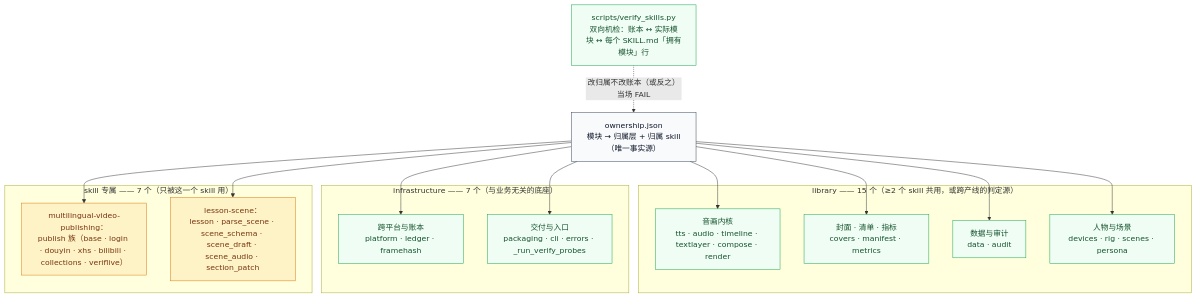
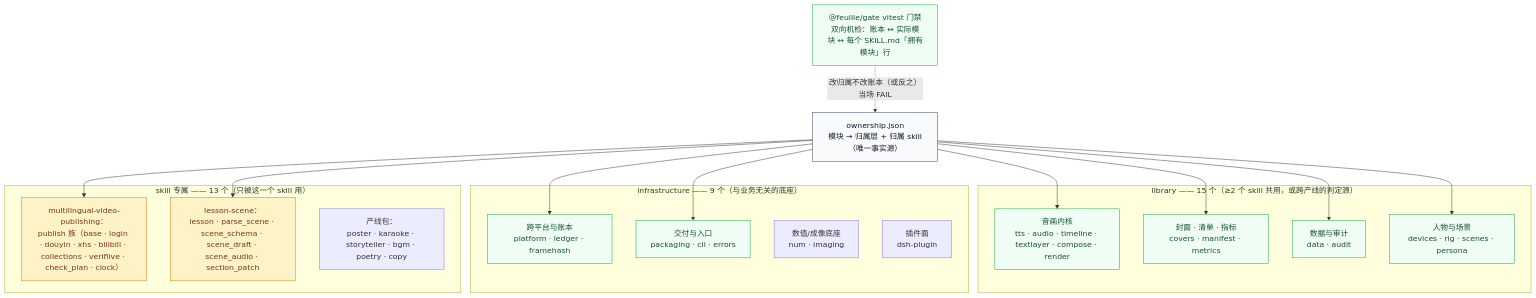
The third of 6 diagrams in usine/docs/architecture.md (feuyeux/explorateur), drawn with Mermaid before and after one commit. The commit also changed other lines of this file and 94 other files, not shown here.

````diff
--- a/usine/docs/architecture.md
+++ b/usine/docs/architecture.md
@@ -194,41 +195,44 @@
 ```mermaid
 flowchart TB
     OWN["ownership.json<br/>模块 → 归属层 + 归属 skill（唯一事实源）"]
 
     subgraph LY3["library —— 15 个（≥2 个 skill 共用，或跨产线的判定源）"]
         L3A["音画内核<br/>tts · audio · timeline · textlayer · compose · render"]
         L3B["封面 · 清单 · 指标<br/>covers · manifest · metrics"]
         L3C["数据与审计<br/>data · audit"]
         L3D["人物与场景<br/>devices · rig · scenes · persona"]
     end
 
-    subgraph LY2["infrastructure —— 7 个（与业务无关的底座）"]
+    subgraph LY2["infrastructure —— 9 个（与业务无关的底座）"]
         L2A["跨平台与账本<br/>platform · ledger · framehash"]
-        L2B["交付与入口<br/>packaging · cli · errors · _run_verify_probes"]
+        L2B["交付与入口<br/>packaging · cli · errors"]
+        L2C["数值/成像底座<br/>num · imaging"]
+        L2D["插件面<br/>dsh-plugin"]
     end
 
-    subgraph LY1["skill 专属 —— 7 个（只被这一个 skill 用）"]
-        L1A["multilingual-video-publishing：<br/>publish 族（base · login · douyin · xhs · bilibili · collections · veriflive）"]
+    subgraph LY1["skill 专属 —— 13 个（只被这一个 skill 用）"]
+        L1A["multilingual-video-publishing：<br/>publish 族（base · login · douyin · xhs · bilibili · collections · veriflive · check_plan · clock）"]
         L1B["lesson-scene：<br/>lesson · parse_scene · scene_schema · scene_draft · scene_audio · section_patch"]
+        L1C["产线包：<br/>poster · karaoke · storyteller · bgm · poetry · copy"]
     end
 
-    CHK["scripts/verify_skills.py<br/>双向机检：账本 ↔ 实际模块 ↔ 每个 SKILL.md「拥有模块」行"]
+    CHK["@feuille/gate vitest 门禁<br/>双向机检：账本 ↔ 实际模块 ↔ 每个 SKILL.md「拥有模块」行"]
 
     OWN --> L3A
     OWN --> L3B
     OWN --> L3C
     OWN --> L3D
     OWN --> L2A
     OWN --> L2B
     OWN --> L1A
     OWN --> L1B
     CHK -.->|"改归属不改账本（或反之）当场 FAIL"| OWN
 
     classDef host fill:#f0fdf4,stroke:#16a34a,color:#14532d
     classDef sandbox fill:#fef3c7,stroke:#d97706,color:#78350f
     classDef neutral fill:#f8fafc,stroke:#334155,color:#0f172a
     class OWN neutral
     class L3A,L3B,L3C,L3D,L2A,L2B host
     class L1A,L1B sandbox
     class CHK host
 ```
````
